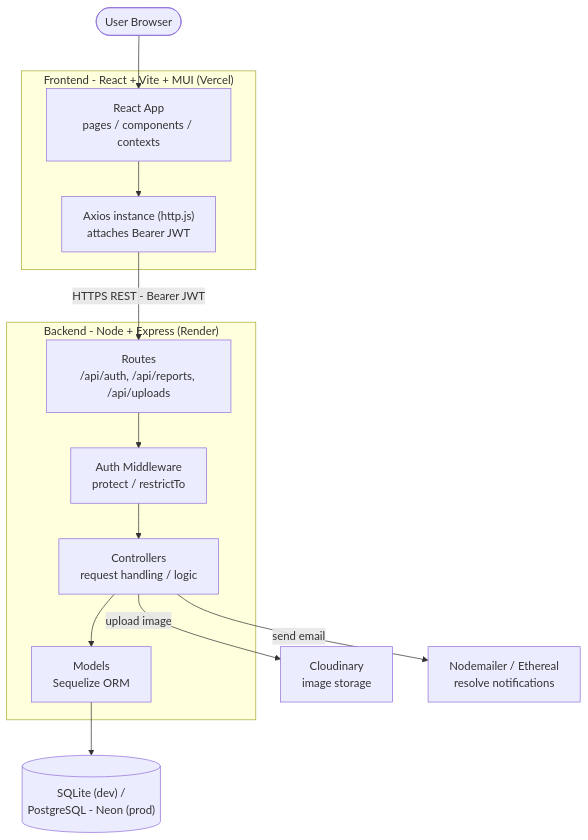
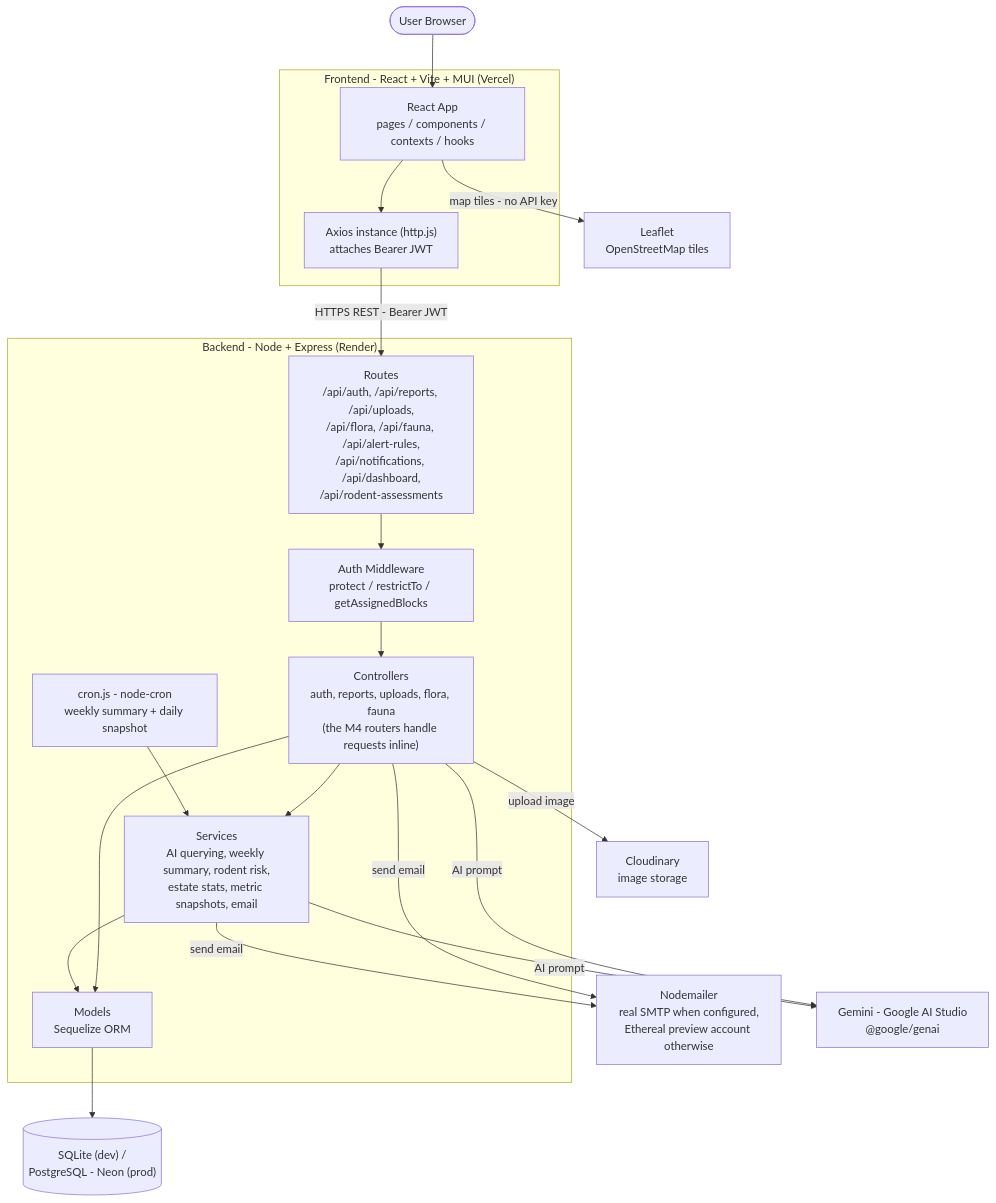
The diagram in design/architecture-diagram.md (fsad-team-4/4e-flora-fauna-tracker), drawn with Mermaid before and after one commit. The commit also changed other lines of this file and 6 other files, not shown here.

````diff
--- a/design/architecture-diagram.md
+++ b/design/architecture-diagram.md
@@ -10,37 +9,41 @@
 ```mermaid
 graph TD
     User([User Browser])
 
     subgraph Frontend["Frontend - React + Vite + MUI (Vercel)"]
-        UI["React App<br/>pages / components / contexts"]
+        UI["React App<br/>pages / components / contexts / hooks"]
         Axios["Axios instance (http.js)<br/>attaches Bearer JWT"]
         UI --> Axios
     end
 
     subgraph Backend["Backend - Node + Express (Render)"]
-        Routes["Routes<br/>/api/auth, /api/reports, /api/uploads"]
-        Middleware["Auth Middleware<br/>protect / restrictTo"]
-        Controllers["Controllers<br/>request handling / logic"]
+        Routes["Routes<br/>/api/auth, /api/reports, /api/uploads,<br/>/api/flora, /api/fauna, /api/alert-rules,<br/>/api/notifications, /api/dashboard,<br/>/api/rodent-assessments"]
+        Middleware["Auth Middleware<br/>protect / restrictTo / getAssignedBlocks"]
+        Controllers["Controllers<br/>auth, reports, uploads, flora, fauna<br/>(the M4 routers handle requests inline)"]
+        Services["Services<br/>AI querying, weekly summary, rodent risk,<br/>estate stats, metric snapshots, email"]
         Models["Models<br/>Sequelize ORM"]
+        Cron["cron.js - node-cron<br/>weekly summary + daily snapshot"]
         Routes --> Middleware
         Middleware --> Controllers
+        Controllers --> Services
         Controllers --> Models
-        %% M1 Flora (Shernell): add flora routes -> controllers -> models
-        %% M2 Fauna (Renee): add fauna routes -> controllers -> models
-        %% M4 Alerts (Angelyn): add alerts routes -> controllers -> models
+        Services --> Models
+        Cron --> Services
     end
 
     DB[("SQLite (dev) /<br/>PostgreSQL - Neon (prod)")]
     Cloudinary["Cloudinary<br/>image storage"]
-    Mailer["Nodemailer / Ethereal<br/>resolve notifications"]
+    Mailer["Nodemailer<br/>real SMTP when configured,<br/>Ethereal preview account otherwise"]
+    Gemini["Gemini - Google AI Studio<br/>@google/genai"]
+    Maps["Leaflet<br/>OpenStreetMap tiles"]
 
     User --> UI
     Axios -->|"HTTPS REST - Bearer JWT"| Routes
+    UI -->|"map tiles - no API key"| Maps
     Models --> DB
     Controllers -->|"upload image"| Cloudinary
     Controllers -->|"send email"| Mailer
-
-    %% Planned teammate services:
-    %% M2 Fauna (Renee): Map API (e.g. Leaflet) for sighting locations
-    %% M1 Flora / M4 Alerts: Generative AI provider (Gemini or Claude - TBC)
+    Services -->|"send email"| Mailer
+    Controllers -->|"AI prompt"| Gemini
+    Services -->|"AI prompt"| Gemini
 ```
````
